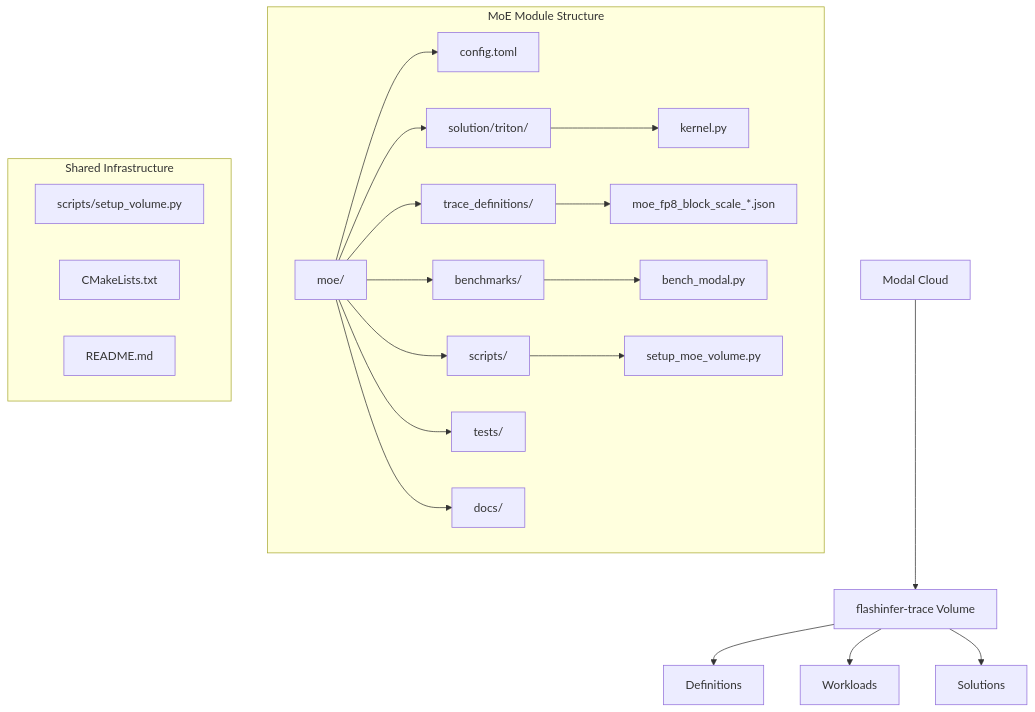
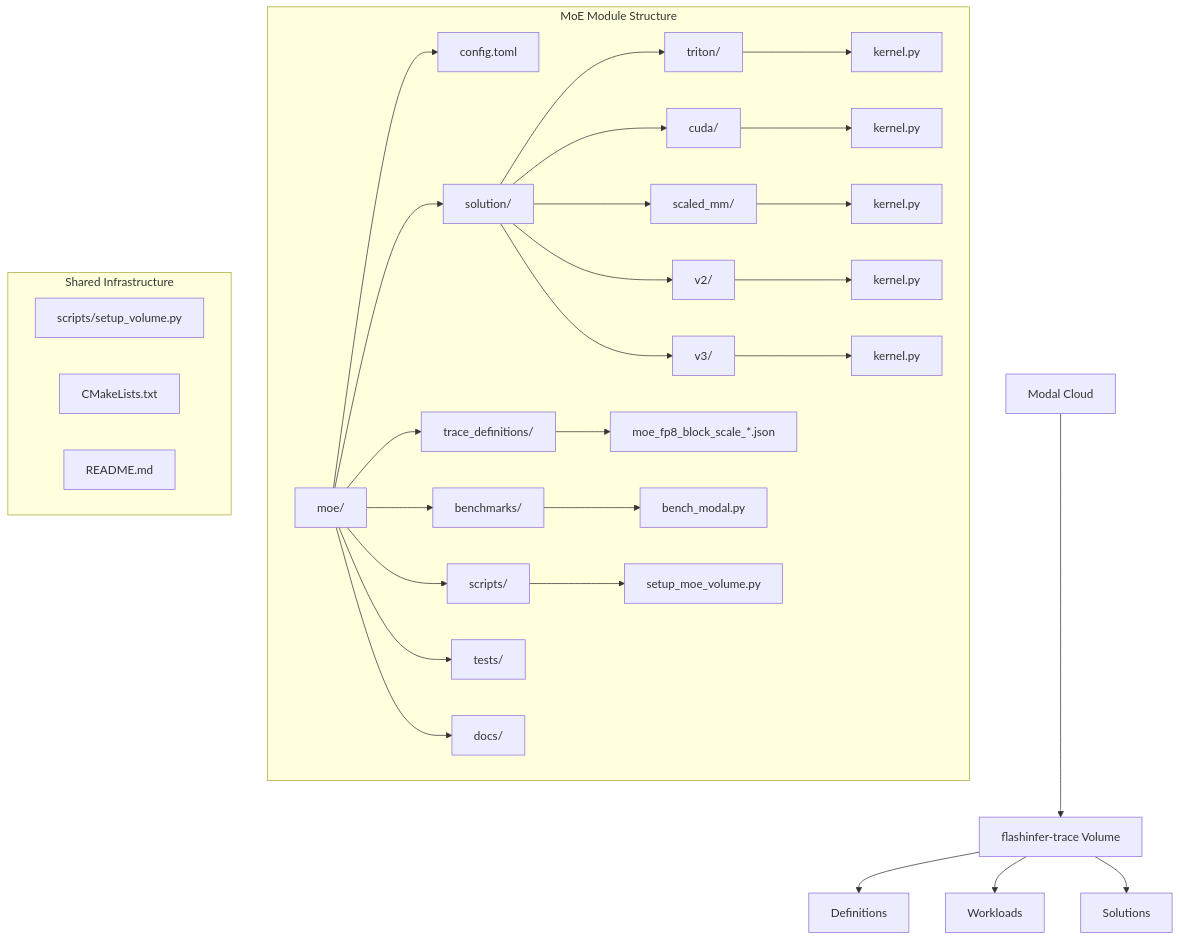
One commit to gugudeshubao/flashinfer-bench-tma-thrust changed the first of 18 diagrams in .qoder/repowiki/en/content/Configuration and Deployment/MoE Configuration and Deployment.md. Above: the diagram before and after it, drawn with Mermaid. The commit also changed other lines of this file and 5 other files, not shown here.

````diff
--- a/.qoder/repowiki/en/content/Configuration and Deployment/MoE Configuration and Deployment.md
+++ b/.qoder/repowiki/en/content/Configuration and Deployment/MoE Configuration and Deployment.md
@@ -39,25 +52,34 @@
 ```mermaid
 graph TB
 subgraph "MoE Module Structure"
 A[moe/] --> B[config.toml]
-A --> C[solution/triton/]
+A --> C[solution/]
 A --> D[trace_definitions/]
 A --> E[benchmarks/]
 A --> F[scripts/]
 A --> G[tests/]
 A --> H[docs/]
-C --> I[kernel.py]
-D --> J[moe_fp8_block_scale_*.json]
-E --> K[bench_modal.py]
-F --> L[setup_moe_volume.py]
+C --> I[triton/]
+C --> J[cuda/]
+C --> K[scaled_mm/]
+C --> L[v2/]
+C --> M[v3/]
+I --> N[kernel.py]
+J --> O[kernel.py]
+K --> P[kernel.py]
+L --> Q[kernel.py]
+M --> R[kernel.py]
+D --> S[moe_fp8_block_scale_*.json]
+E --> T[bench_modal.py]
+F --> U[setup_moe_volume.py]
 end
 subgraph "Shared Infrastructure"
-M[scripts/setup_volume.py]
-N[CMakeLists.txt]
-O[README.md]
+V[scripts/setup_volume.py]
+W[CMakeLists.txt]
+X[README.md]
 end
-P[Modal Cloud] --> Q[flashinfer-trace Volume]
-Q --> R[Definitions]
-Q --> S[Workloads]
-Q --> T[Solutions]
+Y[Modal Cloud] --> Z[flashinfer-trace Volume]
+Z --> AA[Definitions]
+Z --> BB[Workloads]
+Z --> CC[Solutions]
 ```
````
